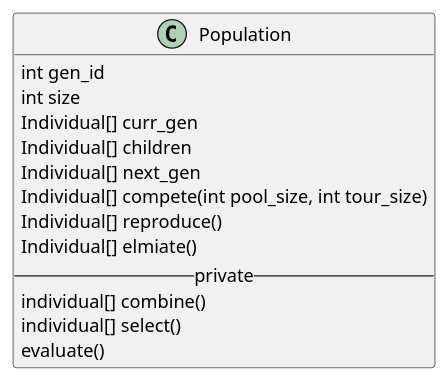
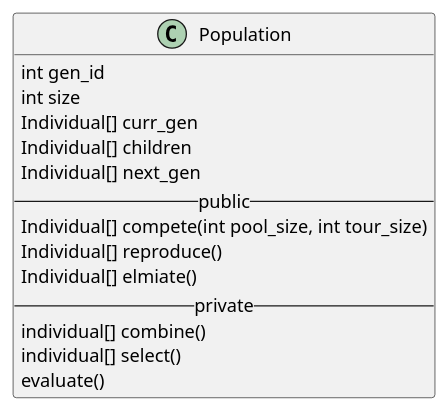
One commit to neal-nie/openGA changed the third of 3 diagrams in doc/architecture.md. Above: the diagram before and after it, drawn with PlantUML. The commit also changed 2 other files, not shown here.

Commit message:
init of population

````diff
--- a/doc/architecture.md
+++ b/doc/architecture.md
@@ -38,18 +38,19 @@
     ```puml
     @startuml
     Class Population {
         int gen_id
         int size
         Individual[] curr_gen
         Individual[] children
         Individual[] next_gen
+        --public--
         Individual[] compete(int pool_size, int tour_size)
         Individual[] reproduce()
         Individual[] elmiate()
         --private--
         individual[] combine()
         individual[] select()
         evaluate()
     }
     @enduml
     ```
````
